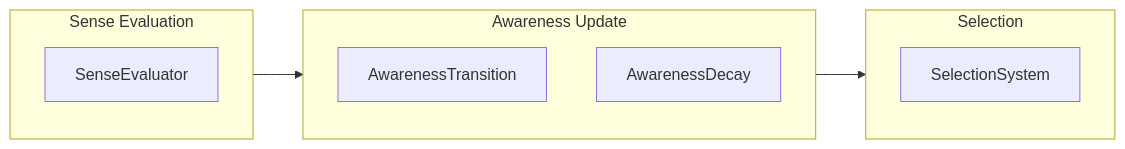
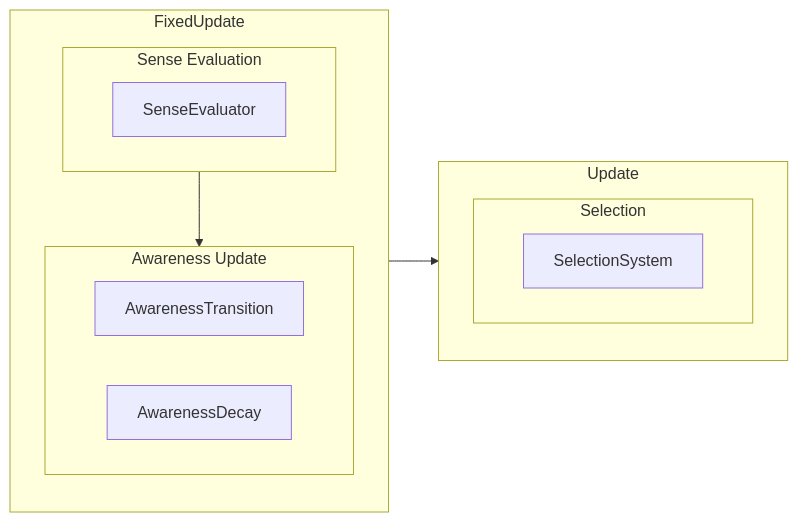
The second of 5 diagrams in docs/design/simulation/spatial-awareness.md (harmonius-dev/harmonius), drawn with Mermaid before and after one commit. The commit also changed other lines of this file and 174 other files, not shown here.

````diff
--- a/docs/design/simulation/spatial-awareness.md
+++ b/docs/design/simulation/spatial-awareness.md
@@ -196,15 +220,19 @@
 ```mermaid
 flowchart LR
-    subgraph phase1[Sense Evaluation]
-        EVAL[SenseEvaluator]
+    subgraph FU[FixedUpdate]
+        subgraph phase1[Sense Evaluation]
+            EVAL[SenseEvaluator]
+        end
+        subgraph phase2[Awareness Update]
+            TRANS[AwarenessTransition]
+            DECAY[AwarenessDecay]
+        end
+        phase1 --> phase2
     end
-    subgraph phase2[Awareness Update]
-        TRANS[AwarenessTransition]
-        DECAY[AwarenessDecay]
+    subgraph U[Update]
+        subgraph phase3[Selection]
+            SEL[SelectionSystem]
+        end
     end
-    subgraph phase3[Selection]
-        SEL[SelectionSystem]
-    end
-    phase1 --> phase2
-    phase2 --> phase3
+    FU --> U
 ```
````
